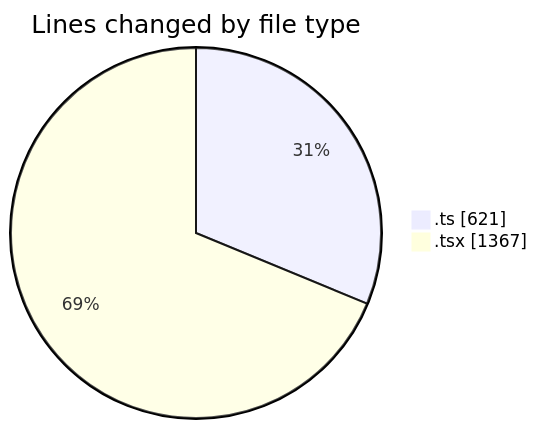
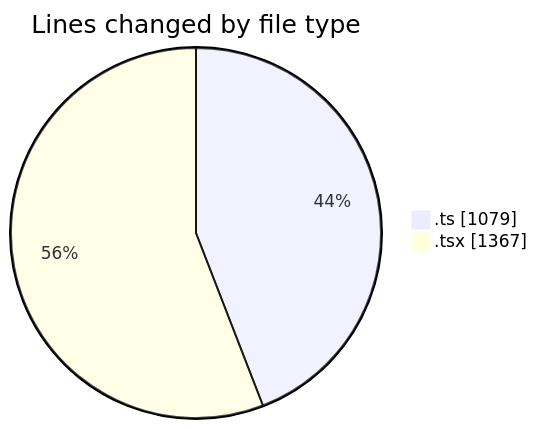
One commit to nxtqubesakshisongat/code-tracking changed the first of 2 diagrams in 2026-08-21/nxtqube_webapp/README.md. Above: the diagram before and after it, drawn with Mermaid. The commit also changed other lines of this file and 1 other file, not shown here.

````diff
--- a/2026-08-21/nxtqube_webapp/README.md
+++ b/2026-08-21/nxtqube_webapp/README.md
@@ -29,6 +29,6 @@
 ```mermaid
 pie showData
 title Lines changed by file type
-".ts" : 621
+".ts" : 1079
 ".tsx" : 1367
 ```
````
